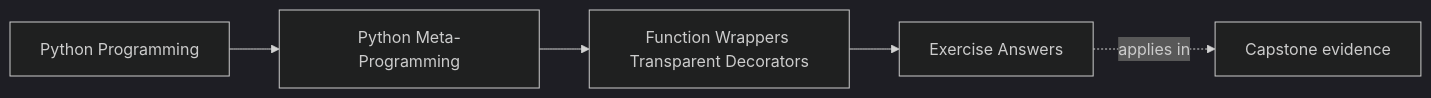
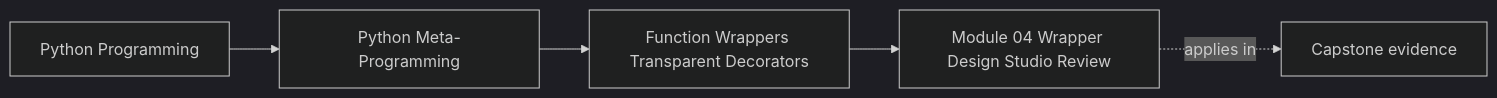
One commit to bijux/bijux-masterclass changed the first of 2 diagrams in programs/python-programming/python-meta-programming/course-book/module-04-function-wrappers-transparent-decorators/exercise-answers.md. Above: the diagram before and after it, drawn with Mermaid (dark theme). The commit also changed other lines of this file and 3 other files, not shown here.

Commit message:
docs(module-04): replace prompts with a wrapper design studio

````diff
--- a/programs/python-programming/python-meta-programming/course-book/module-04-function-wrappers-transparent-decorators/exercise-answers.md
+++ b/programs/python-programming/python-meta-programming/course-book/module-04-function-wrappers-transparent-decorators/exercise-answers.md
@@ -7,11 +6,11 @@
 ```mermaid
 graph LR
   family["Python Programming"]
   program["Python Meta-Programming"]
   section["Function Wrappers Transparent Decorators"]
-  page["Exercise Answers"]
+  page["Module 04 Wrapper Design Studio Review"]
   capstone["Capstone evidence"]
 
   family --> program --> section --> page
   page -.applies in.-> capstone
 ```
````
